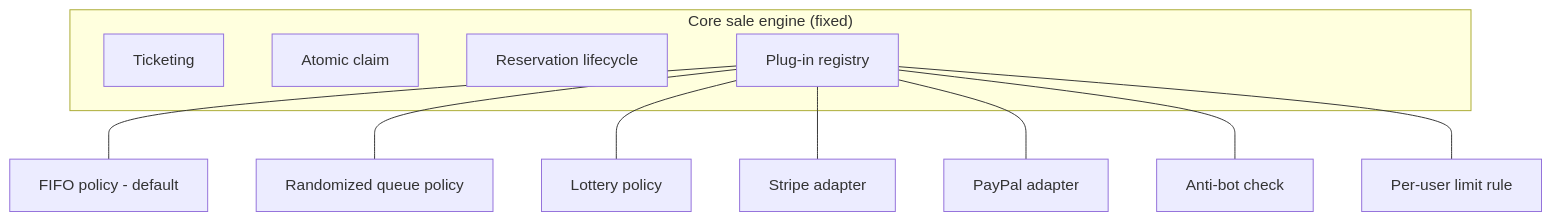
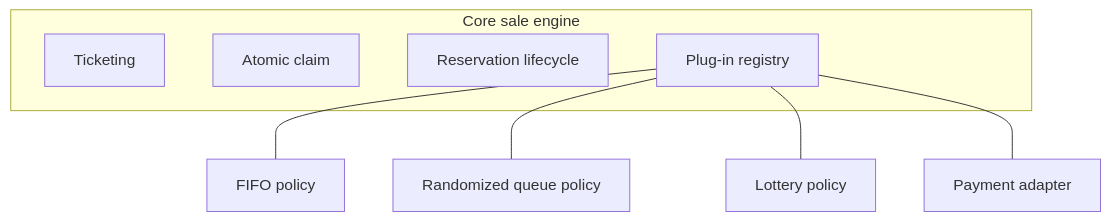
One commit to Iffrah992/Advanced-software-architecture-patterns changed the sixth of 9 diagrams in architecture-patterns.md. Above: the diagram before and after it, drawn with Mermaid. The commit also changed other lines of this file, not shown here.

````diff
--- a/architecture-patterns.md
+++ b/architecture-patterns.md
@@ -243,16 +233,13 @@
 ```mermaid
 flowchart TB
-    subgraph Core["Core sale engine (fixed)"]
+    subgraph Core["Core sale engine"]
         T[Ticketing]
         A[Atomic claim]
         L[Reservation lifecycle]
         REG[Plug-in registry]
     end
-    REG --- F[FIFO policy - default]
+    REG --- F[FIFO policy]
     REG --- R[Randomized queue policy]
     REG --- LO[Lottery policy]
-    REG --- PS[Stripe adapter]
-    REG --- PP[PayPal adapter]
-    REG --- AB[Anti-bot check]
-    REG --- UL[Per-user limit rule]
+    REG --- PA[Payment adapter]
 ```
````
